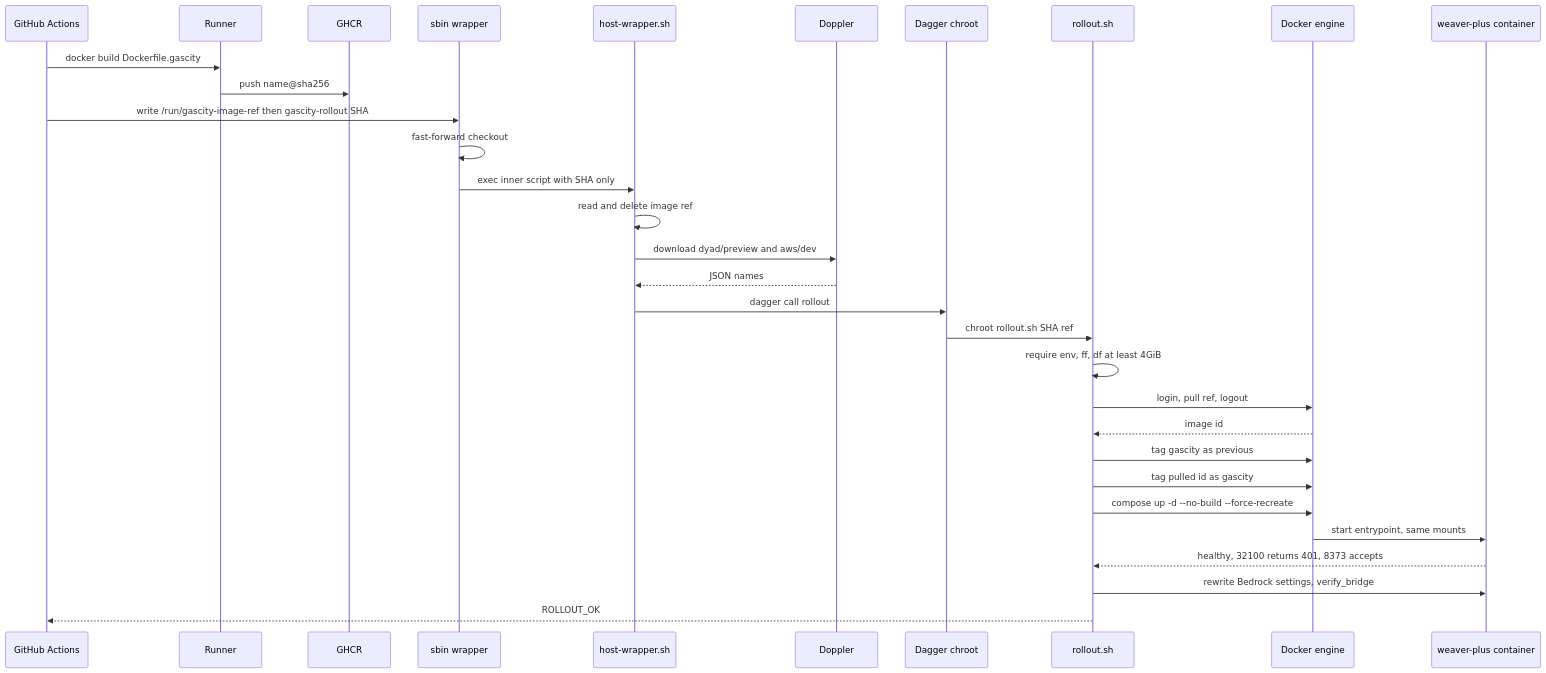
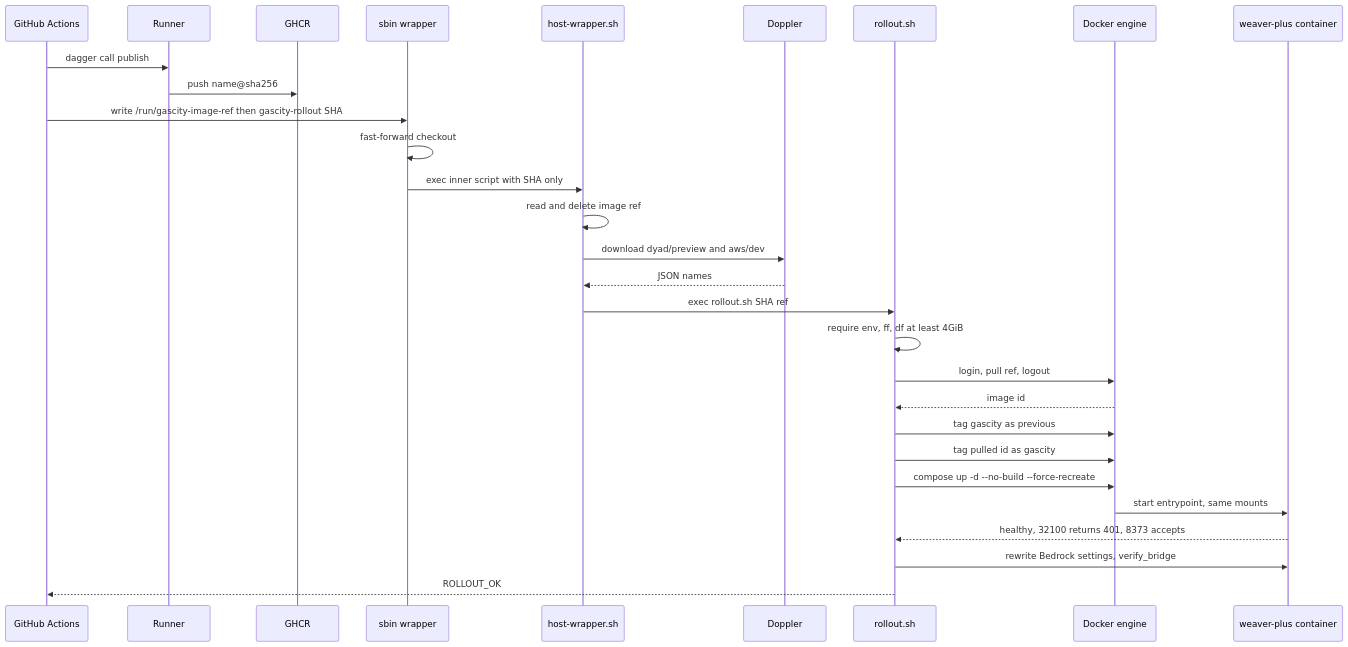
One commit to Awannaphasch2016/dyad changed the fifth of 8 diagrams in plans/offhost-image-pull.md. Above: the diagram before and after it, drawn with Mermaid. The commit also changed other lines of this file and 1 other file, not shown here.

First line of the commit message:
Lock the image plan so Dagger publishes and EC2 only pulls.

````diff
--- a/plans/offhost-image-pull.md
+++ b/plans/offhost-image-pull.md
@@ -485,34 +502,32 @@
 ```mermaid
 sequenceDiagram
   participant GH as GitHub Actions
   participant R as Runner
   participant Reg as GHCR
   participant S as sbin wrapper
   participant H as host-wrapper.sh
   participant D as Doppler
-  participant G as Dagger chroot
   participant RS as rollout.sh
   participant E as Docker engine
   participant C as weaver-plus container
 
-  GH->>R: docker build Dockerfile.gascity
+  GH->>R: dagger call publish
   R->>Reg: push name@sha256
   GH->>S: write /run/gascity-image-ref then gascity-rollout SHA
   S->>S: fast-forward checkout
   S->>H: exec inner script with SHA only
   H->>H: read and delete image ref
   H->>D: download dyad/preview and aws/dev
   D-->>H: JSON names
-  H->>G: dagger call rollout
-  G->>RS: chroot rollout.sh SHA ref
+  H->>RS: exec rollout.sh SHA ref
   RS->>RS: require env, ff, df at least 4GiB
   RS->>E: login, pull ref, logout
   E-->>RS: image id
   RS->>E: tag gascity as previous
   RS->>E: tag pulled id as gascity
   RS->>E: compose up -d --no-build --force-recreate
   E->>C: start entrypoint, same mounts
   C-->>RS: healthy, 32100 returns 401, 8373 accepts
   RS->>C: rewrite Bedrock settings, verify_bridge
   RS-->>GH: ROLLOUT_OK
 ```
````
